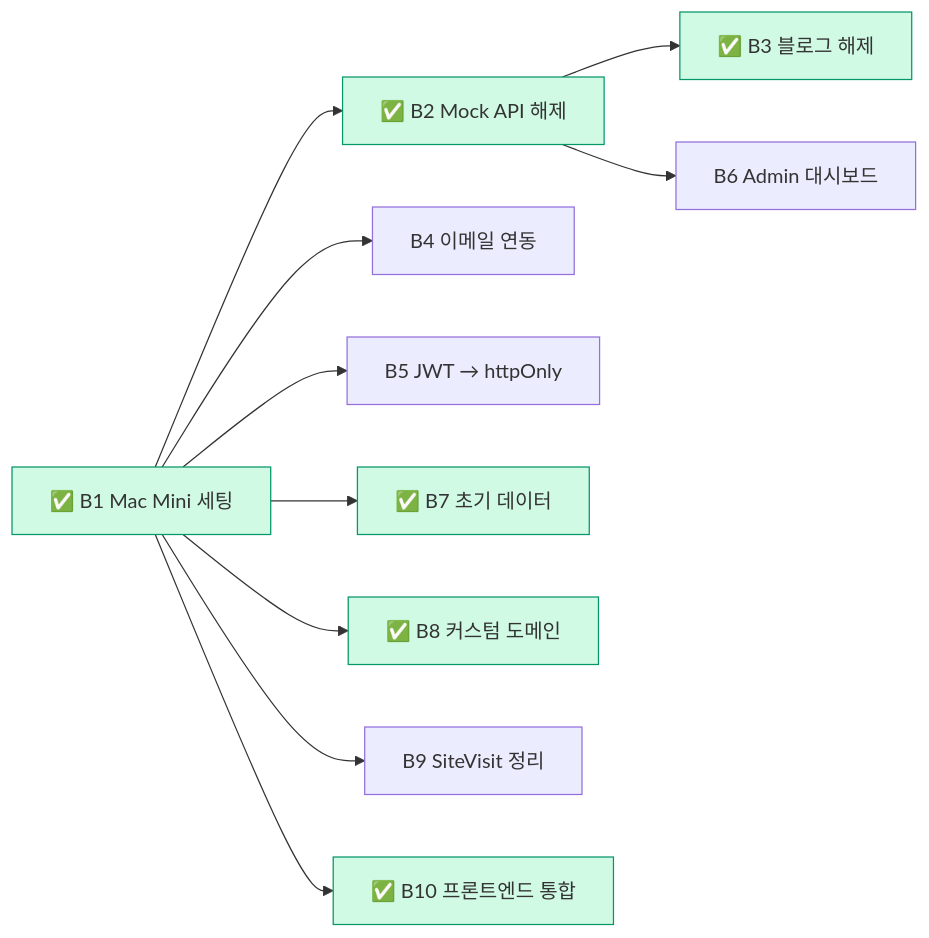
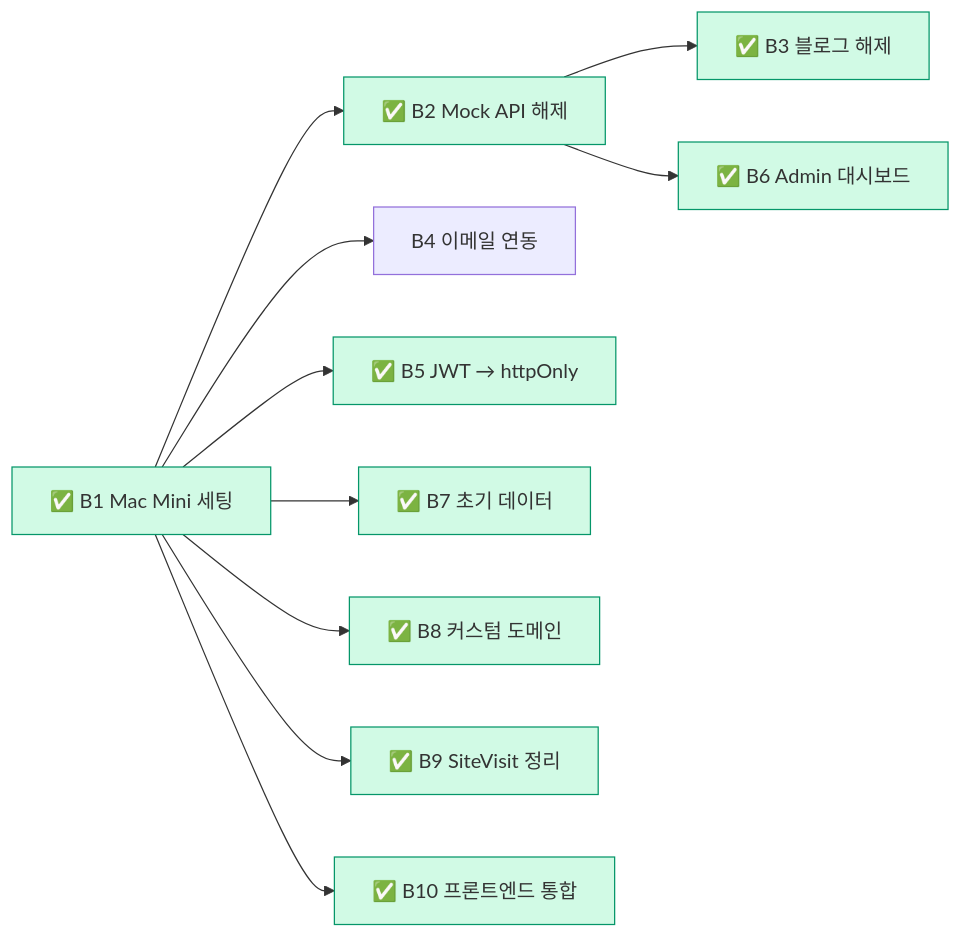
The second of 2 diagrams in README.md (researcherhojin/emelmujiro), drawn with Mermaid before and after one commit. The commit also changed other lines of this file and 1 other file, not shown here.

````diff
--- a/README.md
+++ b/README.md
@@ -237,19 +240,22 @@
 ```mermaid
 graph LR
     B1["✅ B1 Mac Mini 세팅"] --> B2["✅ B2 Mock API 해제"]
     B1 --> B4["B4 이메일 연동"]
-    B1 --> B5["B5 JWT → httpOnly"]
+    B1 --> B5["✅ B5 JWT → httpOnly"]
     B1 --> B7["✅ B7 초기 데이터"]
     B1 --> B8["✅ B8 커스텀 도메인"]
-    B1 --> B9["B9 SiteVisit 정리"]
+    B1 --> B9["✅ B9 SiteVisit 정리"]
     B1 --> B10["✅ B10 프론트엔드 통합"]
     B2 --> B3["✅ B3 블로그 해제"]
-    B2 --> B6["B6 Admin 대시보드"]
+    B2 --> B6["✅ B6 Admin 대시보드"]
 
     style B1 fill:#D1FAE5,stroke:#059669
     style B2 fill:#D1FAE5,stroke:#059669
     style B3 fill:#D1FAE5,stroke:#059669
+    style B5 fill:#D1FAE5,stroke:#059669
+    style B6 fill:#D1FAE5,stroke:#059669
     style B7 fill:#D1FAE5,stroke:#059669
     style B8 fill:#D1FAE5,stroke:#059669
+    style B9 fill:#D1FAE5,stroke:#059669
     style B10 fill:#D1FAE5,stroke:#059669
 ```
````
